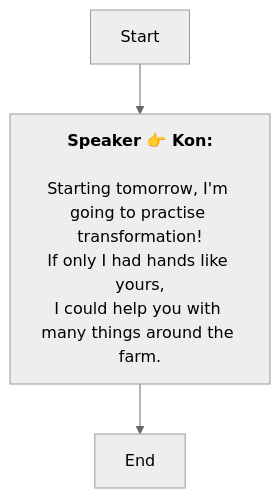
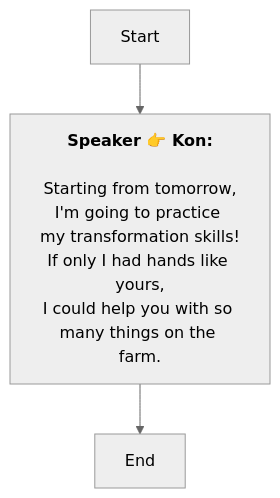
One commit to SoftHu/tos_avg changed the diagram in En/MQFoxSleep.md. Above: the diagram before and after it, drawn with Mermaid (neutral theme). The commit also changed 297 other files, not shown here.

````diff
--- a/En/MQFoxSleep.md
+++ b/En/MQFoxSleep.md
@@ -1,10 +1,11 @@
 ```mermaid
 graph
 Start -->1740034913928581[<b>Speaker 👉 Kon:</b>
 
-Starting tomorrow, I'm going to practise transformation!
+Starting from tomorrow,
+I'm going to practice my transformation skills!
 If only I had hands like yours,
-I could help you with many things around the farm.]
+I could help you with so many things on the farm.]
 1740034913928581 -->1740034963376518[End]
 
  ```
````
